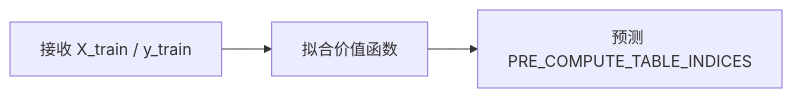
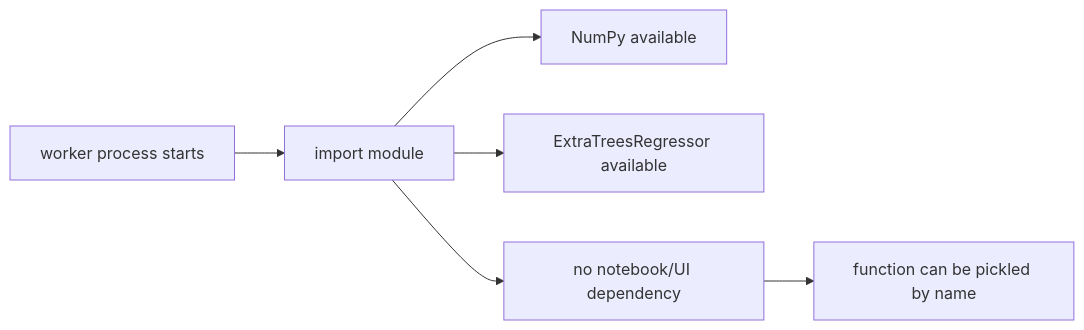
One commit to EvihGraphics/AnimationTech-HTC changed the fourth of 12 diagrams in docs/blog/AnimationPapers/real_time_planning_multiprocess_func/README.md. Above: the diagram before and after it, drawn with Mermaid. The commit also changed other lines of this file and 6 other files, not shown here.

````diff
--- a/docs/blog/AnimationPapers/real_time_planning_multiprocess_func/README.md
+++ b/docs/blog/AnimationPapers/real_time_planning_multiprocess_func/README.md
@@ -97,5 +89,8 @@
 ```mermaid
 flowchart LR
-    A[接收 X_train / y_train] --> B[拟合价值函数]
-    B --> C[预测 PRE_COMPUTE_TABLE_INDICES]
+    A[worker process starts] --> B[import module]
+    B --> C[NumPy available]
+    B --> D[ExtraTreesRegressor available]
+    B --> E[no notebook/UI dependency]
+    E --> F[function can be pickled by name]
 ```
````
